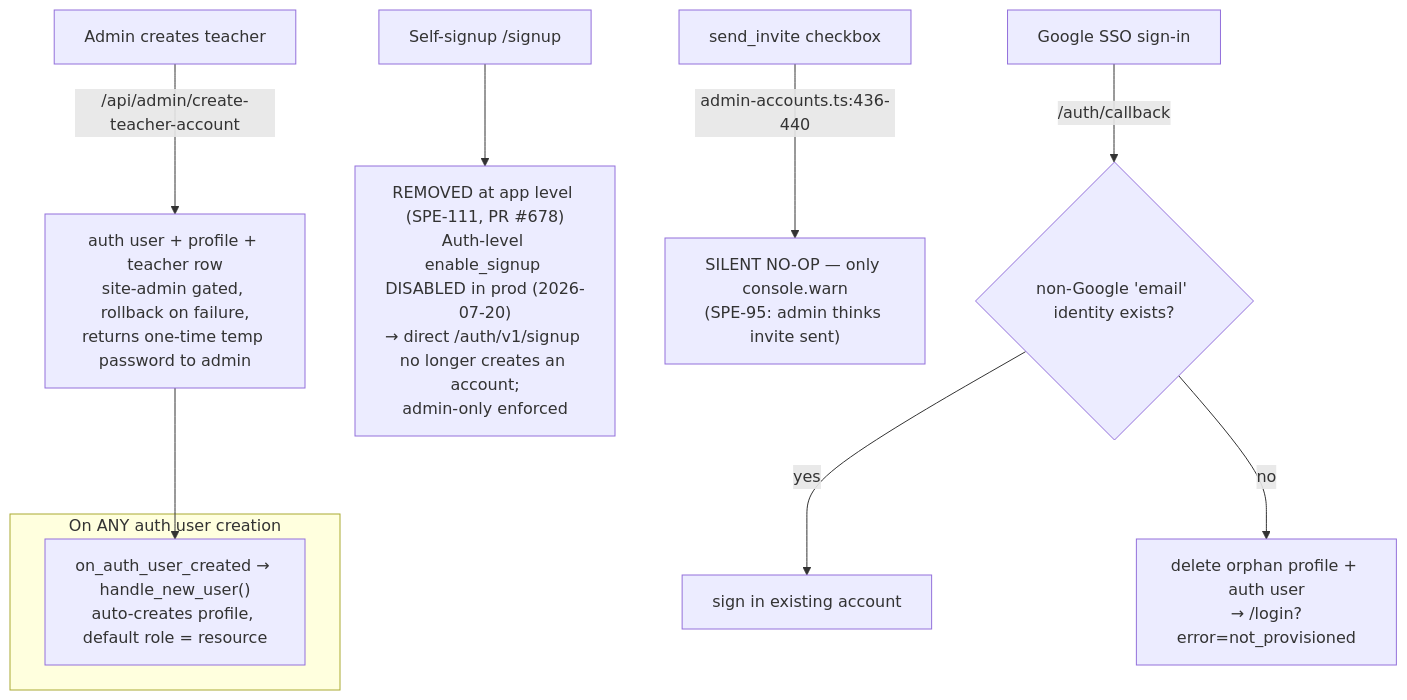
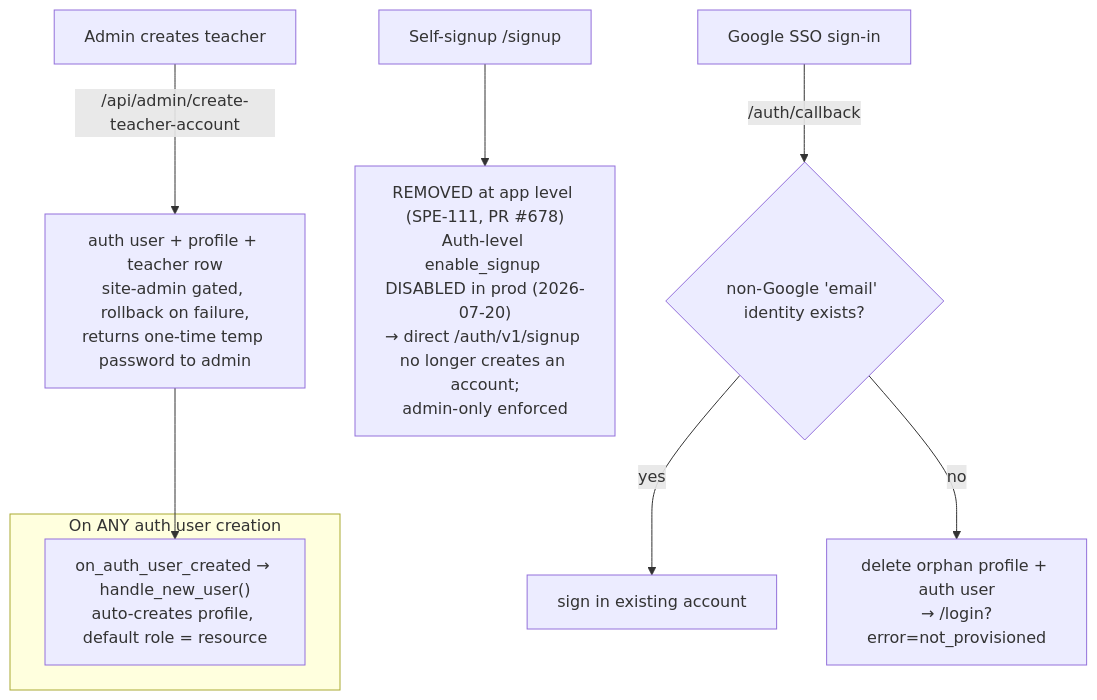
One commit to bstewart2255/speddy changed the fourth of 9 diagrams in docs/ARCHITECTURE.md. Above: the diagram before and after it, drawn with Mermaid. The commit also changed other lines of this file and 4 other files, not shown here.

````diff
--- a/docs/ARCHITECTURE.md
+++ b/docs/ARCHITECTURE.md
@@ -295,17 +296,15 @@
 ```mermaid
 flowchart TD
     subgraph Trigger["On ANY auth user creation"]
       T["on_auth_user_created → handle_new_user()<br/>auto-creates profile, default role = resource"]
     end
 
     A["Admin creates teacher"] -->|"/api/admin/create-teacher-account"| OK["auth user + profile + teacher row<br/>site-admin gated, rollback on failure,<br/>returns one-time temp password to admin"]
     OK --> T
 
     B["Self-signup /signup"] --> GONE["REMOVED at app level (SPE-111, PR #678)<br/>Auth-level enable_signup DISABLED in prod (2026-07-20)<br/>→ direct /auth/v1/signup no longer creates an account;<br/>admin-only enforced"]
 
-    C["send_invite checkbox"] -->|"admin-accounts.ts:436-440"| NOOP["SILENT NO-OP — only console.warn<br/>(SPE-95: admin thinks invite sent)"]
-
     G["Google SSO sign-in"] -->|"/auth/callback"| GATE{"non-Google 'email' identity exists?"}
     GATE -->|yes| GIN["sign in existing account"]
     GATE -->|no| GDEL["delete orphan profile + auth user<br/>→ /login?error=not_provisioned"]
 ```
````
